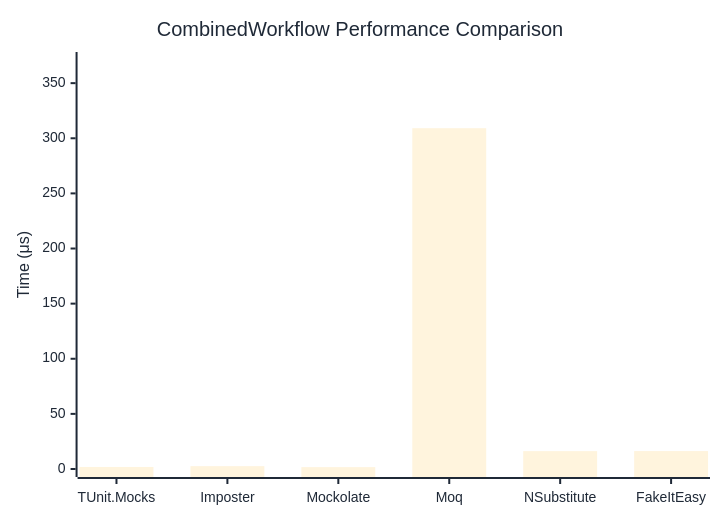
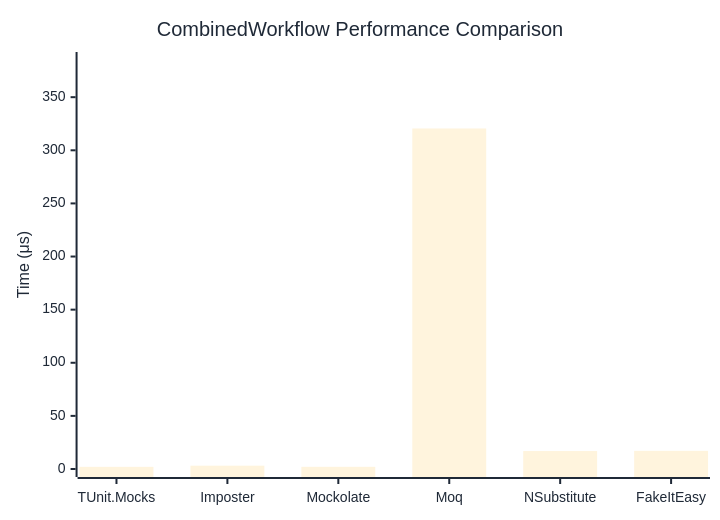
The diagram in docs/docs/benchmarks/mocks/CombinedWorkflow.md (thomhurst/TUnit), drawn with Mermaid before and after one commit. The commit also changed other lines of this file and 14 other files, not shown here.

````diff
--- a/docs/docs/benchmarks/mocks/CombinedWorkflow.md
+++ b/docs/docs/benchmarks/mocks/CombinedWorkflow.md
@@ -30,27 +30,27 @@
 ```mermaid
 %%{init: {
   'theme':'base',
   'themeVariables': {
     'primaryColor': '#2563eb',
     'primaryTextColor': '#1f2937',
     'primaryBorderColor': '#1e40af',
     'lineColor': '#6b7280',
     'secondaryColor': '#7c3aed',
     'tertiaryColor': '#dc2626',
     'background': '#ffffff',
     'pie1': '#2563eb',
     'pie2': '#7c3aed',
     'pie3': '#dc2626',
     'pie4': '#f59e0b',
     'pie5': '#10b981',
     'pie6': '#06b6d4',
     'pie7': '#ec4899',
     'pie8': '#6366f1'
   }
 }}%%
 xychart-beta
   title "CombinedWorkflow Performance Comparison"
   x-axis ["TUnit.Mocks", "Imposter", "Mockolate", "Moq", "NSubstitute", "FakeItEasy"]
-  y-axis "Time (μs)" 0 --> 371
-  bar [1.857, 2.579, 1.698, 309.152, 16.219, 16.259]
+  y-axis "Time (μs)" 0 --> 385
+  bar [2.038, 3.131, 2.05, 320.539, 16.892, 17.075]
 ```
````
